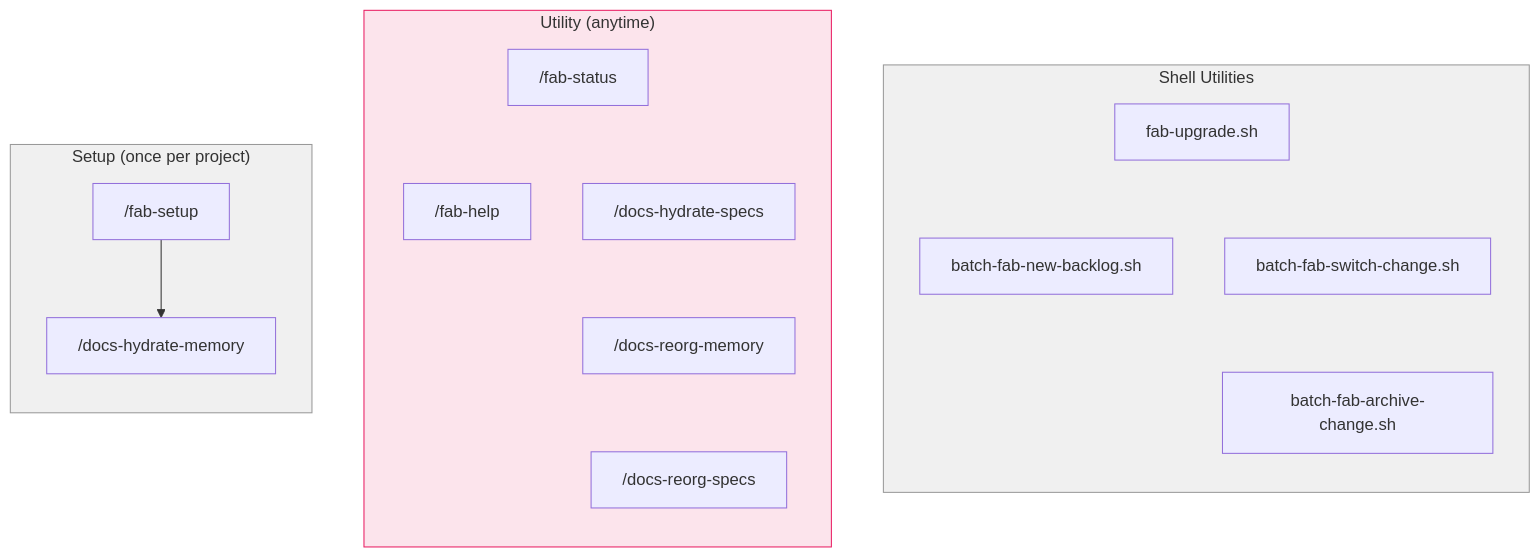
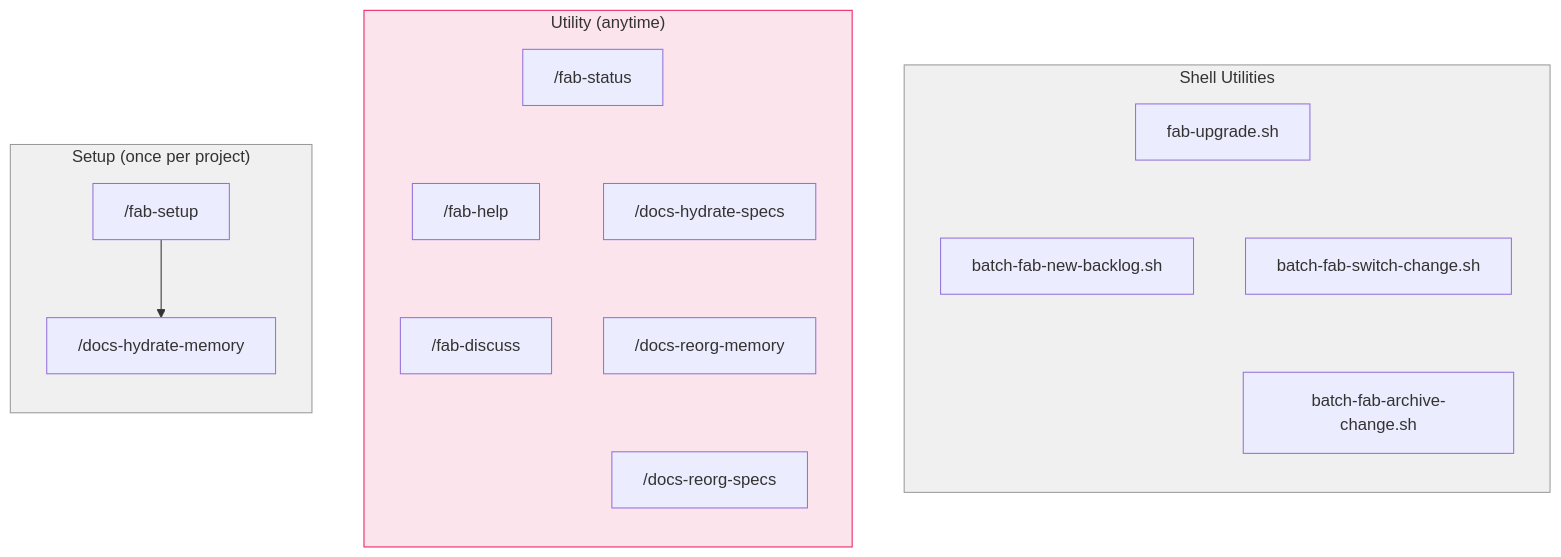
One commit to wvrdz/fab-kit changed the third of 5 diagrams in docs/specs/user-flow.md. Above: the diagram before and after it, drawn with Mermaid. The commit also changed 12 other files, not shown here.

First line of the commit message:
Add fab-discuss skill for discussion-mode context priming

````diff
--- a/docs/specs/user-flow.md
+++ b/docs/specs/user-flow.md
@@ -79,30 +79,30 @@
 ```mermaid
 flowchart LR
     subgraph setup ["Setup (once per project)"]
         INIT["/fab-setup"]
         HYDRATE["/docs-hydrate-memory"]
     end
 
     subgraph utility ["Utility (anytime)"]
         direction TB
-        STATUS["/fab-status"] ~~~ HELP["/fab-help"]
+        STATUS["/fab-status"] ~~~ HELP["/fab-help"] ~~~ DISCUSS["/fab-discuss"]
         BACKFILL["/docs-hydrate-specs"] ~~~ REORG_MEM["/docs-reorg-memory"] ~~~ REORG_SPEC["/docs-reorg-specs"]
         STATUS ~~~ BACKFILL
     end
 
     subgraph shell ["Shell Utilities"]
         direction TB
         UPGRADE["fab-upgrade.sh"] ~~~ BATCH_NEW["batch-fab-new-backlog.sh"]
         BATCH_SWITCH["batch-fab-switch-change.sh"] ~~~ BATCH_ARCHIVE["batch-fab-archive-change.sh"]
         UPGRADE ~~~ BATCH_SWITCH
     end
 
     setup ~~~ utility ~~~ shell
 
     INIT --> HYDRATE
 
     %% Styles
     style setup fill:#f0f0f0,stroke:#999
     style utility fill:#fce4ec,stroke:#e91e63
     style shell fill:#f0f0f0,stroke:#999
 ```
````
